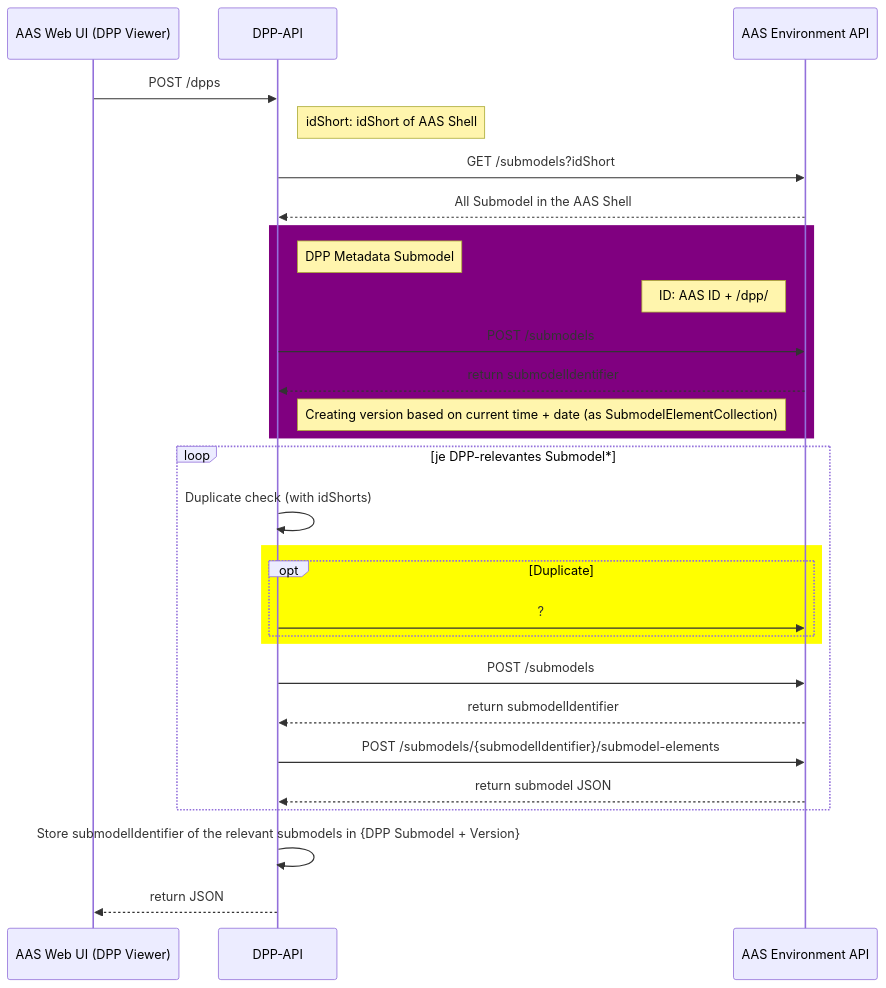
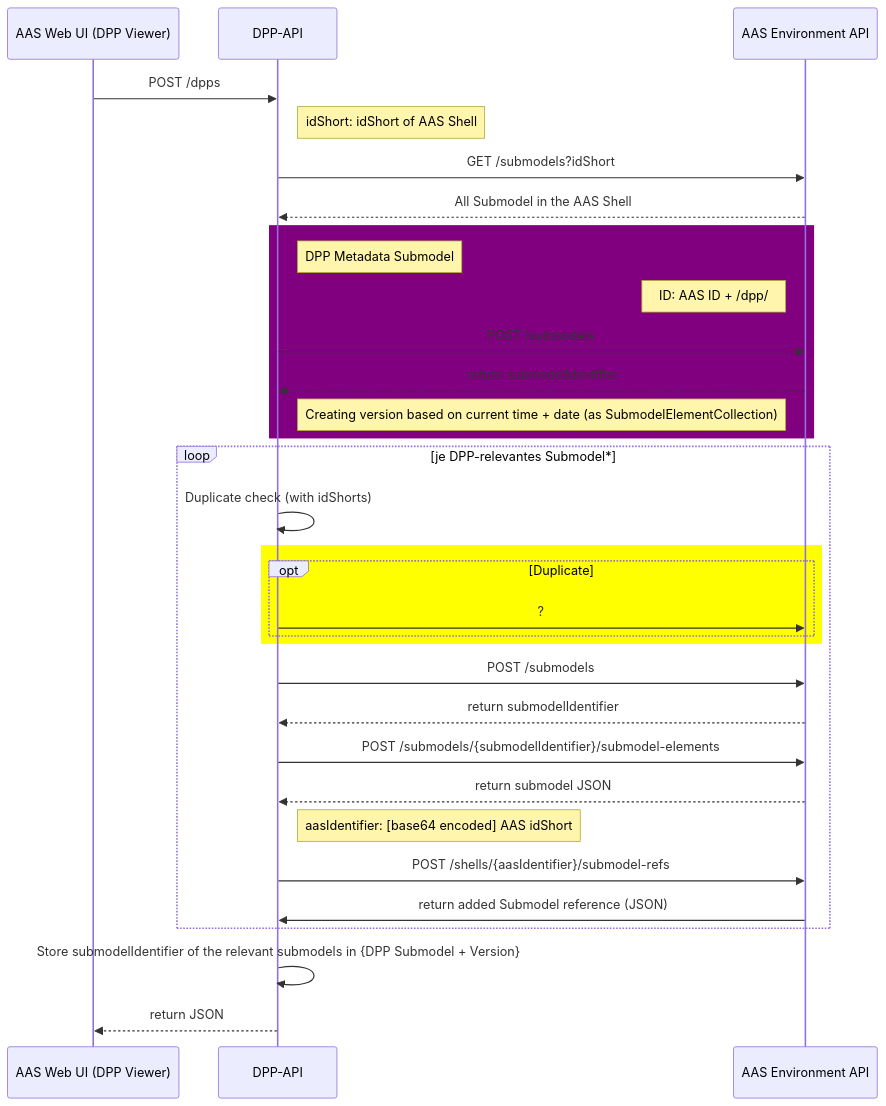
The first of 10 diagrams in PROJECT/SAS/mapping.md (DHBW-TINF24F/Team6-BaSyx-DPP-API), drawn with Mermaid before and after one commit. The commit also changed other lines of this file and 1 other file, not shown here.

````diff
--- a/PROJECT/SAS/mapping.md
+++ b/PROJECT/SAS/mapping.md
@@ -20,38 +20,42 @@
 ```mermaid
 sequenceDiagram
   participant Web as AAS Web UI (DPP Viewer)
   participant API as DPP-API
   participant Env as AAS Environment API
 
   Web->>API: POST /dpps
   Note right of API: idShort: idShort of AAS Shell
   API->>Env: GET /submodels?idShort
   Env-->>API: All Submodel in the AAS Shell
 
   rect purple
     Note right of API: DPP Metadata Submodel
     Note left of Env: ID: AAS ID + /dpp/
     API->>Env: POST /submodels
     Env-->>API: return submodelIdentifier
     Note left of Env: Creating version based on current time + date (as SubmodelElementCollection)
   end
 
   loop je DPP-relevantes Submodel*
     API->>API: Duplicate check (with idShorts)
 
     rect yellow
         opt Duplicate
             API->>Env: ?
         end
     end
 
     API->>Env: POST /submodels
     Env-->>API: return submodelIdentifier
     API->>Env: POST /submodels/{submodelIdentifier}/submodel-elements
     Env-->>API: return submodel JSON
+
+    Note right of API: aasIdentifier: [base64 encoded] AAS idShort
+    API->>Env: POST /shells/{aasIdentifier}/submodel-refs
+    Env->>API: return added Submodel reference (JSON)
   end
 
   API->>API: Store submodelIdentifier of the relevant submodels in {DPP Submodel + Version}
 
   API-->>Web: return JSON
 ```
````
